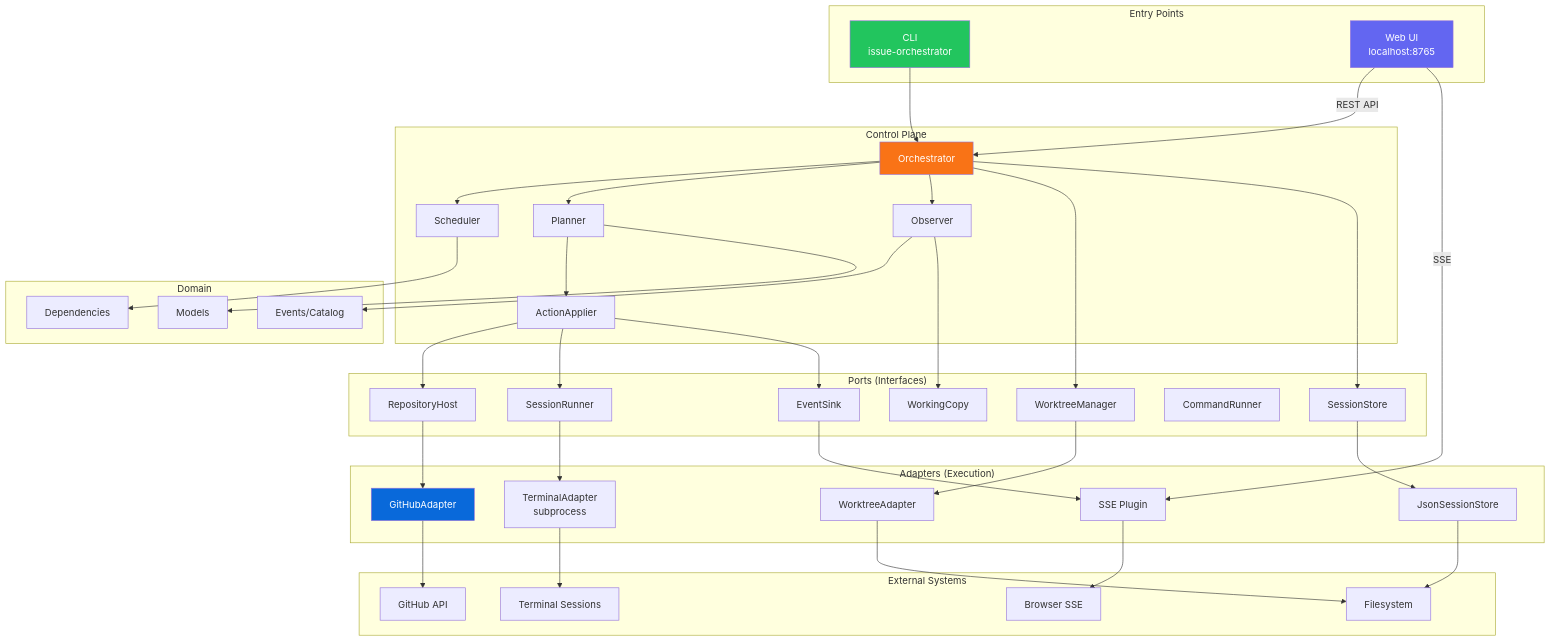
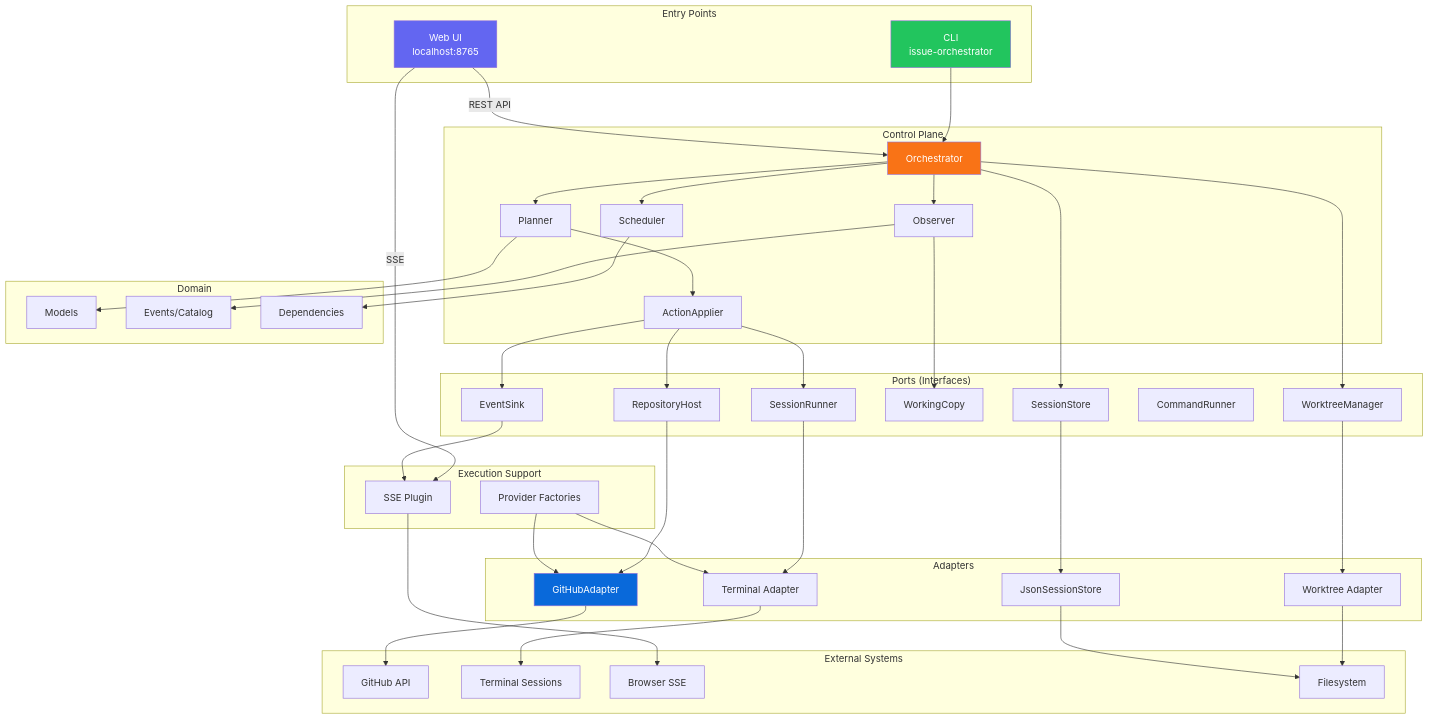
The diagram in docs/architecture/README.md (issue-orchestrator/issue-orchestrator), drawn with Mermaid before and after one commit. The commit also changed other lines of this file and 25 other files, not shown here.

```diff
--- a/docs/architecture/README.md
+++ b/docs/architecture/README.md
@@ -35,12 +35,16 @@
         PT_STORE[SessionStore]
     end
 
-    subgraph "Adapters (Execution)"
+    subgraph "Adapters"
         GH[GitHubAdapter]
-        TERM[TerminalAdapter<br/>subprocess]
+        TERM[Terminal Adapter]
+        WT[Worktree Adapter]
+        STORE[JsonSessionStore]
+    end
+
+    subgraph "Execution Support"
         SSE[SSE Plugin]
-        WT[WorktreeAdapter]
-        STORE[JsonSessionStore]
+        PROV[Provider Factories]
     end
 
     subgraph "External Systems"
@@ -79,6 +83,8 @@
     GH --> GHAPI
     TERM --> TERMS
     SSE --> BROWSER
+    PROV --> GH
+    PROV --> TERM
     WT --> FS
     STORE --> FS
 
```
